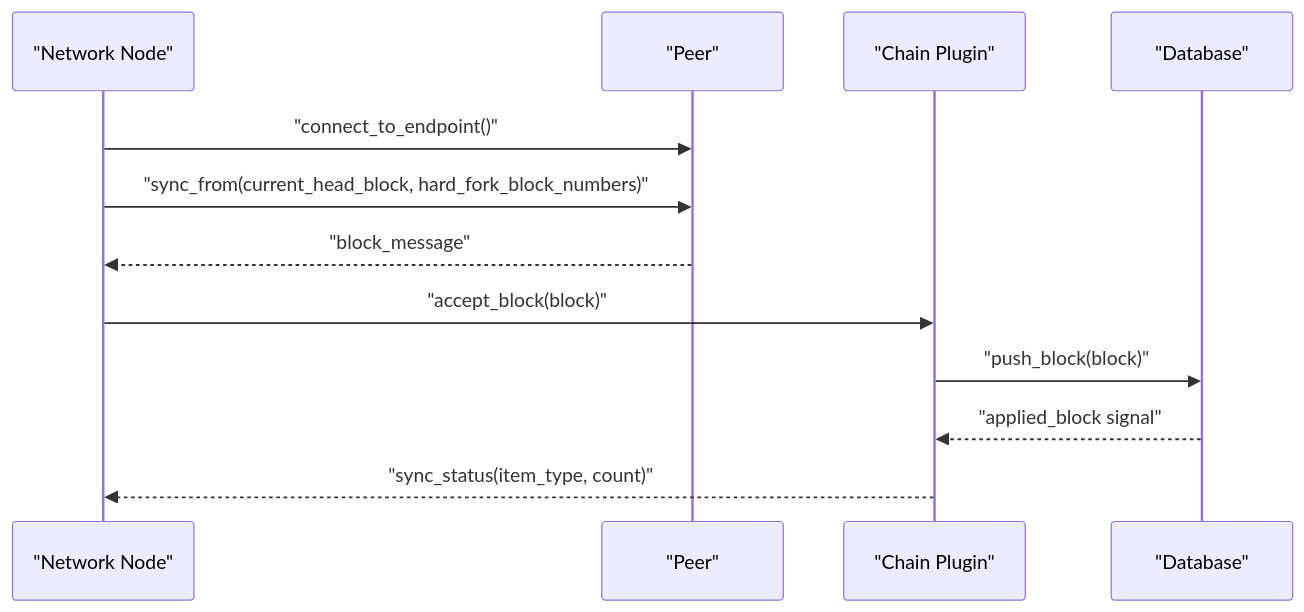
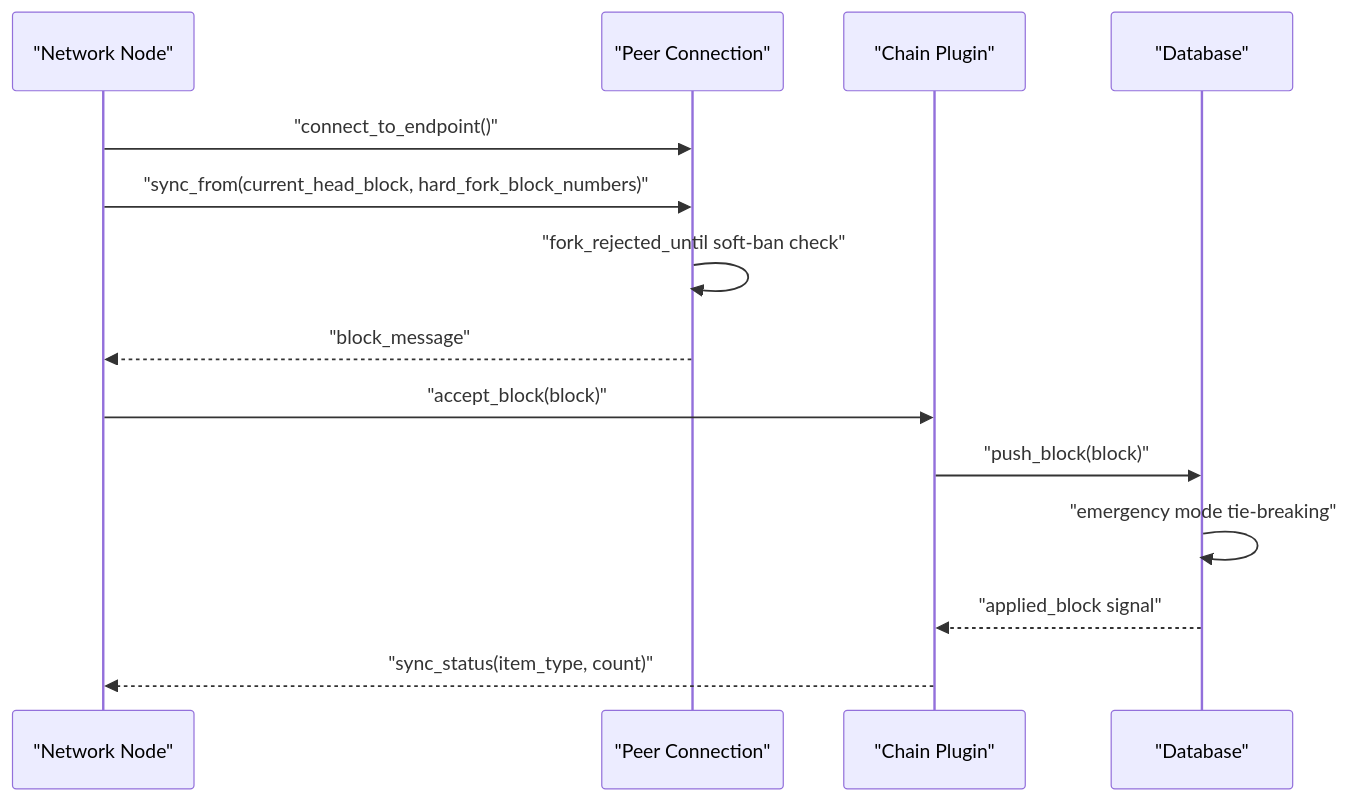
One commit to VIZ-Blockchain/viz-cpp-node changed the fifth of 15 diagrams in .qoder/repowiki/en/content/Core Libraries.md. Above: the diagram before and after it, drawn with Mermaid. The commit also changed other lines of this file and 4 other files, not shown here.

````diff
--- a/.qoder/repowiki/en/content/Core Libraries.md
+++ b/.qoder/repowiki/en/content/Core Libraries.md
@@ -321,14 +407,16 @@
 ```mermaid
 sequenceDiagram
 participant NET as "Network Node"
-participant PEER as "Peer"
+participant PEER as "Peer Connection"
 participant CHAIN as "Chain Plugin"
 participant DB as "Database"
 NET->>PEER : "connect_to_endpoint()"
 NET->>PEER : "sync_from(current_head_block, hard_fork_block_numbers)"
+PEER->>PEER : "fork_rejected_until soft-ban check"
 PEER-->>NET : "block_message"
 NET->>CHAIN : "accept_block(block)"
 CHAIN->>DB : "push_block(block)"
+DB->>DB : "emergency mode tie-breaking"
 DB-->>CHAIN : "applied_block signal"
 CHAIN-->>NET : "sync_status(item_type, count)"
 ```
````
